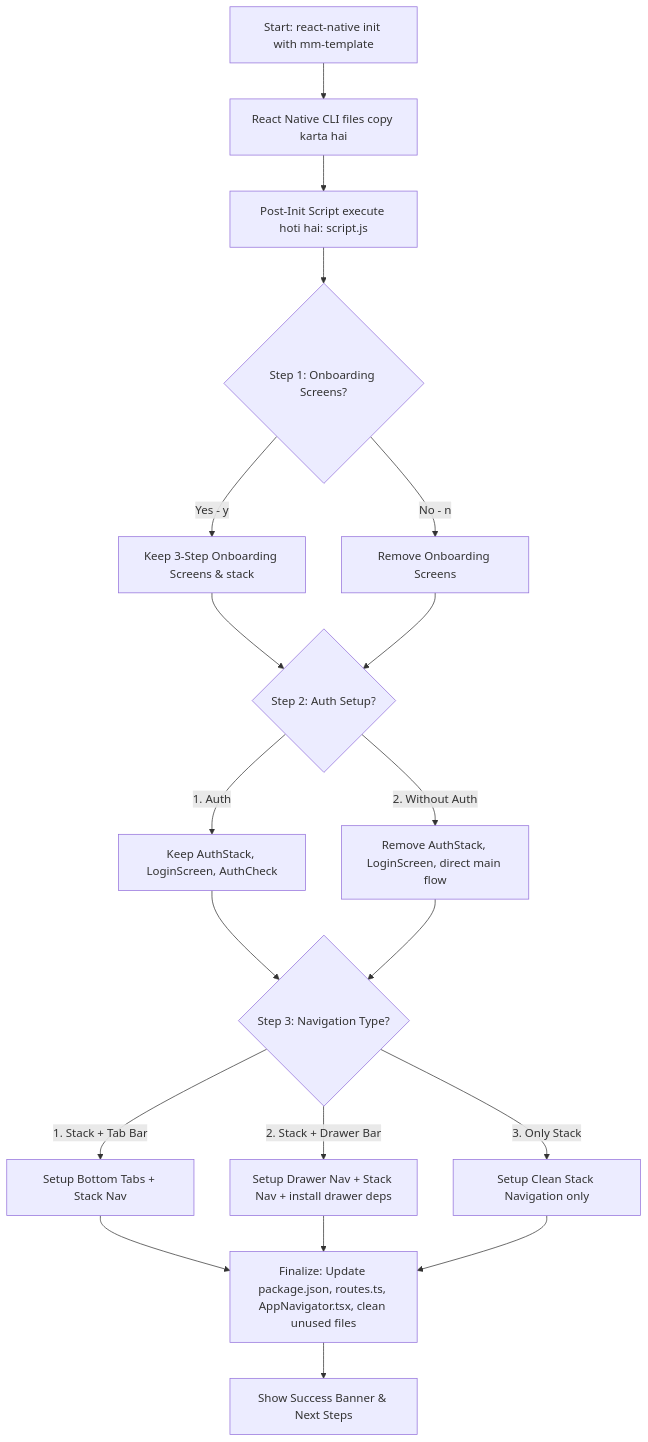
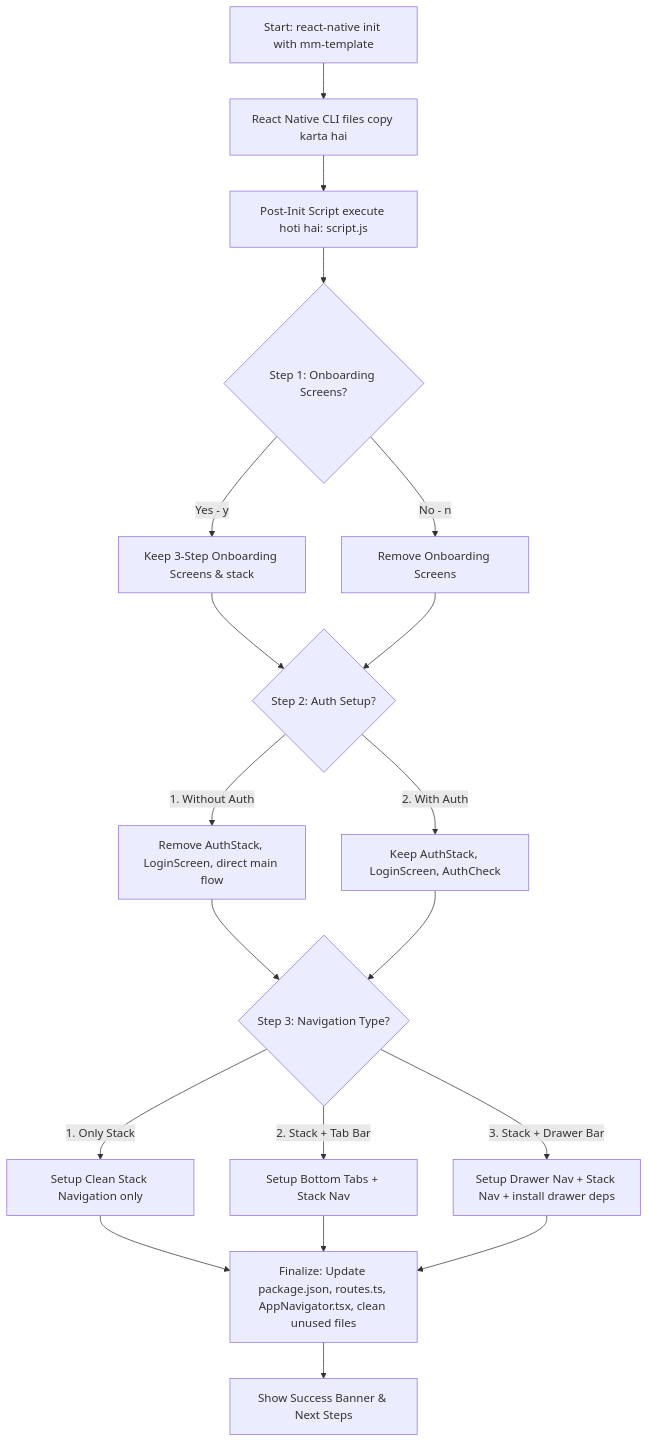
Before and after one commit to modhamanish/mm-template: the diagram in INTERACTIVE_TEMPLATE_GUIDE.md, drawn with Mermaid. The commit also changed 2 other files, not shown here.

Commit message:
refactor: reorder and update template initialization logic for onboarding, authentication, and navigation options, and exclude guide files from npm package

````diff
--- a/INTERACTIVE_TEMPLATE_GUIDE.md
+++ b/INTERACTIVE_TEMPLATE_GUIDE.md
@@ -11,26 +11,26 @@
 ```mermaid
 graph TD
     A[Start: react-native init with mm-template] --> B[React Native CLI files copy karta hai]
     B --> C[Post-Init Script execute hoti hai: script.js]
     C --> D{Step 1: Onboarding Screens?}
     D -->|Yes - y| E1[Keep 3-Step Onboarding Screens & stack]
     D -->|No - n| E2[Remove Onboarding Screens]
     
     E1 --> F{Step 2: Auth Setup?}
     E2 --> F
     
-    F -->|1. Auth| G1[Keep AuthStack, LoginScreen, AuthCheck]
-    F -->|2. Without Auth| G2[Remove AuthStack, LoginScreen, direct main flow]
+    F -->|1. Without Auth| G1[Remove AuthStack, LoginScreen, direct main flow]
+    F -->|2. With Auth| G2[Keep AuthStack, LoginScreen, AuthCheck]
     
     G1 --> H{Step 3: Navigation Type?}
     G2 --> H
     
-    H -->|1. Stack + Tab Bar| I1[Setup Bottom Tabs + Stack Nav]
-    H -->|2. Stack + Drawer Bar| I2[Setup Drawer Nav + Stack Nav + install drawer deps]
-    H -->|3. Only Stack| I3[Setup Clean Stack Navigation only]
+    H -->|1. Only Stack| I1[Setup Clean Stack Navigation only]
+    H -->|2. Stack + Tab Bar| I2[Setup Bottom Tabs + Stack Nav]
+    H -->|3. Stack + Drawer Bar| I3[Setup Drawer Nav + Stack Nav + install drawer deps]
     
     I1 --> J[Finalize: Update package.json, routes.ts, AppNavigator.tsx, clean unused files]
     I2 --> J
     I3 --> J
     J --> K[Show Success Banner & Next Steps]
 ```
````
